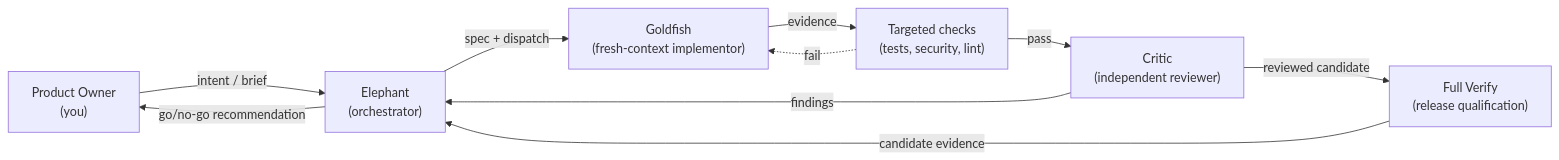
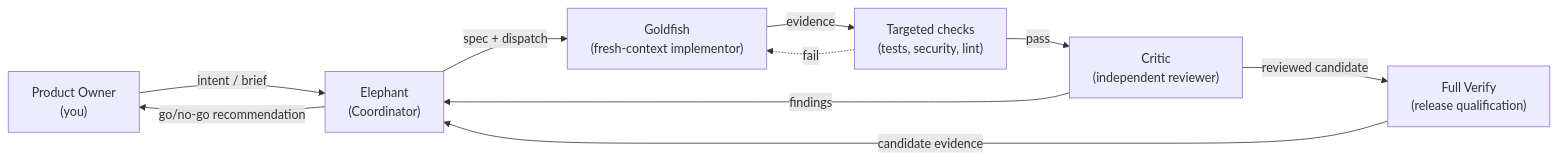
One commit to agent-pipe-shared/agent-pipeline changed the first of 2 diagrams in README.md. Above: the diagram before and after it, drawn with Mermaid. The commit also changed other lines of this file, not shown here.

````diff
--- a/README.md
+++ b/README.md
@@ -117,12 +98,12 @@
 ```mermaid
 flowchart LR
-    PO["Product Owner<br/>(you)"] -->|"intent / brief"| Elephant["Elephant<br/>(orchestrator)"]
+    PO["Product Owner<br/>(you)"] -->|"intent / brief"| Elephant["Elephant<br/>(Coordinator)"]
     Elephant -->|"spec + dispatch"| Goldfish["Goldfish<br/>(fresh-context implementor)"]
     Goldfish -->|"evidence"| Gates["Targeted checks<br/>(tests, security, lint)"]
     Gates -.->|"fail"| Goldfish
     Gates -->|"pass"| Critic["Critic<br/>(independent reviewer)"]
     Critic -->|"findings"| Elephant
     Critic -->|"reviewed candidate"| FullVerify["Full Verify<br/>(release qualification)"]
     FullVerify -->|"candidate evidence"| Elephant
     Elephant -->|"go/no-go recommendation"| PO
 ```
````
